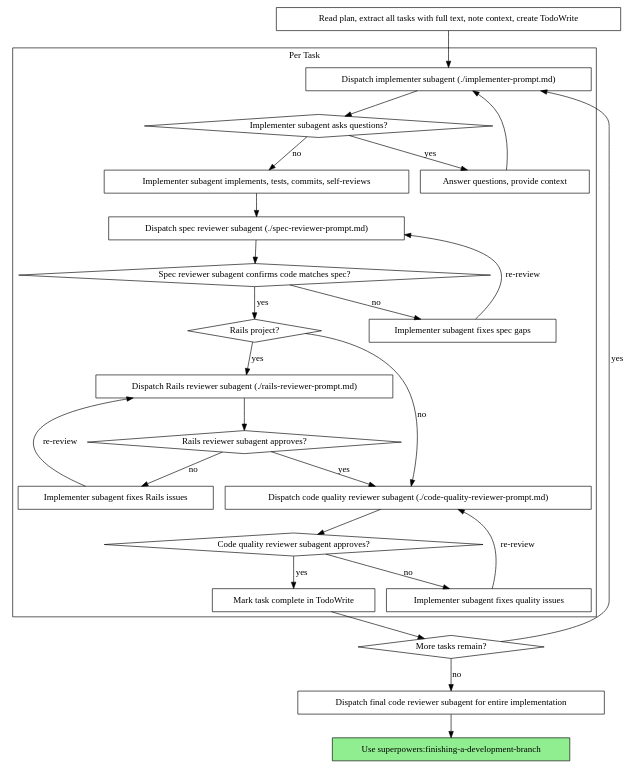
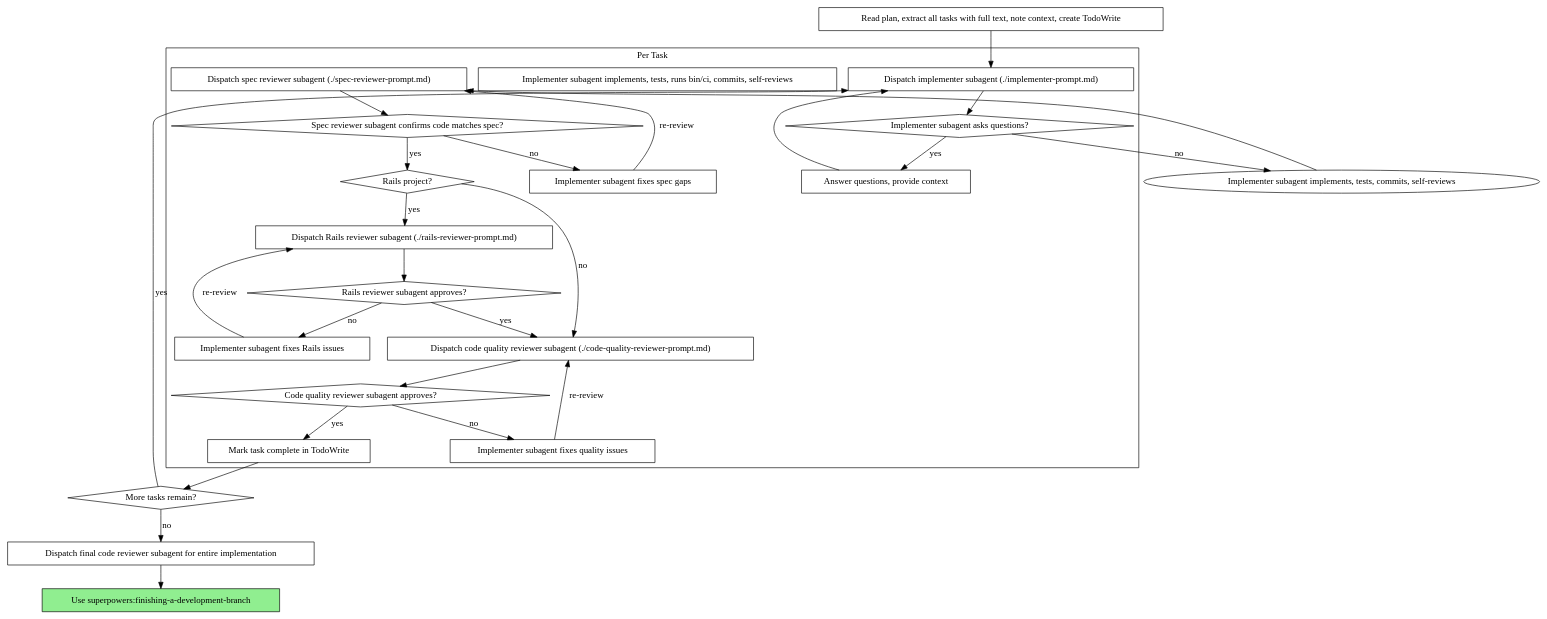
One commit to marostr/superpowers changed the second of 2 diagrams in skills/subagent-driven-development/SKILL.md. Above: the diagram before and after it, drawn with Graphviz. The commit also changed other lines of this file and 2 other files, not shown here.

````diff
--- a/skills/subagent-driven-development/SKILL.md
+++ b/skills/subagent-driven-development/SKILL.md
@@ -40,54 +40,54 @@
 ```dot
 digraph process {
     rankdir=TB;
 
     subgraph cluster_per_task {
         label="Per Task";
         "Dispatch implementer subagent (./implementer-prompt.md)" [shape=box];
         "Implementer subagent asks questions?" [shape=diamond];
         "Answer questions, provide context" [shape=box];
-        "Implementer subagent implements, tests, commits, self-reviews" [shape=box];
+        "Implementer subagent implements, tests, runs bin/ci, commits, self-reviews" [shape=box];
         "Dispatch spec reviewer subagent (./spec-reviewer-prompt.md)" [shape=box];
         "Spec reviewer subagent confirms code matches spec?" [shape=diamond];
         "Implementer subagent fixes spec gaps" [shape=box];
         "Rails project?" [shape=diamond];
         "Dispatch Rails reviewer subagent (./rails-reviewer-prompt.md)" [shape=box];
         "Rails reviewer subagent approves?" [shape=diamond];
         "Implementer subagent fixes Rails issues" [shape=box];
         "Dispatch code quality reviewer subagent (./code-quality-reviewer-prompt.md)" [shape=box];
         "Code quality reviewer subagent approves?" [shape=diamond];
         "Implementer subagent fixes quality issues" [shape=box];
         "Mark task complete in TodoWrite" [shape=box];
     }
 
     "Read plan, extract all tasks with full text, note context, create TodoWrite" [shape=box];
     "More tasks remain?" [shape=diamond];
     "Dispatch final code reviewer subagent for entire implementation" [shape=box];
     "Use superpowers:finishing-a-development-branch" [shape=box style=filled fillcolor=lightgreen];
 
     "Read plan, extract all tasks with full text, note context, create TodoWrite" -> "Dispatch implementer subagent (./implementer-prompt.md)";
     "Dispatch implementer subagent (./implementer-prompt.md)" -> "Implementer subagent asks questions?";
     "Implementer subagent asks questions?" -> "Answer questions, provide context" [label="yes"];
     "Answer questions, provide context" -> "Dispatch implementer subagent (./implementer-prompt.md)";
     "Implementer subagent asks questions?" -> "Implementer subagent implements, tests, commits, self-reviews" [label="no"];
     "Implementer subagent implements, tests, commits, self-reviews" -> "Dispatch spec reviewer subagent (./spec-reviewer-prompt.md)";
     "Dispatch spec reviewer subagent (./spec-reviewer-prompt.md)" -> "Spec reviewer subagent confirms code matches spec?";
     "Spec reviewer subagent confirms code matches spec?" -> "Implementer subagent fixes spec gaps" [label="no"];
     "Implementer subagent fixes spec gaps" -> "Dispatch spec reviewer subagent (./spec-reviewer-prompt.md)" [label="re-review"];
     "Spec reviewer subagent confirms code matches spec?" -> "Rails project?" [label="yes"];
     "Rails project?" -> "Dispatch Rails reviewer subagent (./rails-reviewer-prompt.md)" [label="yes"];
     "Rails project?" -> "Dispatch code quality reviewer subagent (./code-quality-reviewer-prompt.md)" [label="no"];
     "Dispatch Rails reviewer subagent (./rails-reviewer-prompt.md)" -> "Rails reviewer subagent approves?";
     "Rails reviewer subagent approves?" -> "Implementer subagent fixes Rails issues" [label="no"];
     "Implementer subagent fixes Rails issues" -> "Dispatch Rails reviewer subagent (./rails-reviewer-prompt.md)" [label="re-review"];
     "Rails reviewer subagent approves?" -> "Dispatch code quality reviewer subagent (./code-quality-reviewer-prompt.md)" [label="yes"];
     "Dispatch code quality reviewer subagent (./code-quality-reviewer-prompt.md)" -> "Code quality reviewer subagent approves?";
     "Code quality reviewer subagent approves?" -> "Implementer subagent fixes quality issues" [label="no"];
     "Implementer subagent fixes quality issues" -> "Dispatch code quality reviewer subagent (./code-quality-reviewer-prompt.md)" [label="re-review"];
     "Code quality reviewer subagent approves?" -> "Mark task complete in TodoWrite" [label="yes"];
     "Mark task complete in TodoWrite" -> "More tasks remain?";
     "More tasks remain?" -> "Dispatch implementer subagent (./implementer-prompt.md)" [label="yes"];
     "More tasks remain?" -> "Dispatch final code reviewer subagent for entire implementation" [label="no"];
     "Dispatch final code reviewer subagent for entire implementation" -> "Use superpowers:finishing-a-development-branch";
 }
 ```
````
